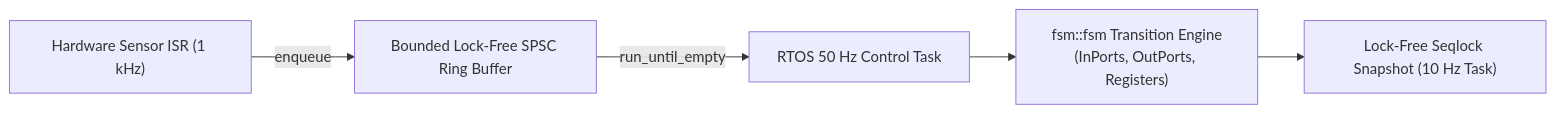
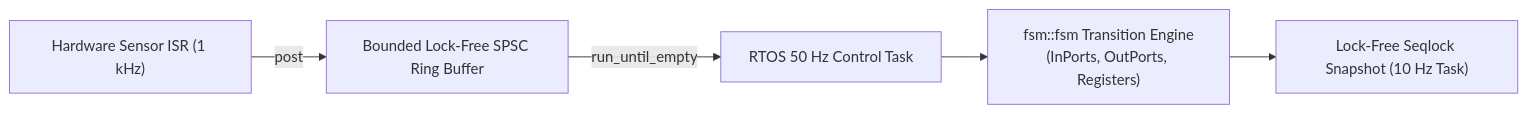
Before and after one commit to simoneCavalleri/fsmc: the first of 2 diagrams in docs/runtime_api/design_patterns.md, drawn with Mermaid. The commit also changed other lines of this file and 21 other files, not shown here.

````diff
--- a/docs/runtime_api/design_patterns.md
+++ b/docs/runtime_api/design_patterns.md
@@ -15,7 +15,7 @@
 ```mermaid
 flowchart LR
-    HW["Hardware Sensor ISR (1 kHz)"] -->|enqueue| Ring["Bounded Lock-Free SPSC Ring Buffer"]
+    HW["Hardware Sensor ISR (1 kHz)"] -->|post| Ring["Bounded Lock-Free SPSC Ring Buffer"]
     Ring -->|run_until_empty| Task["RTOS 50 Hz Control Task"]
     Task --> Engine["fsm::fsm Transition Engine<br/>(InPorts, OutPorts, Registers)"]
     Engine --> Telemetry["Lock-Free Seqlock Snapshot (10 Hz Task)"]
 ```
````
